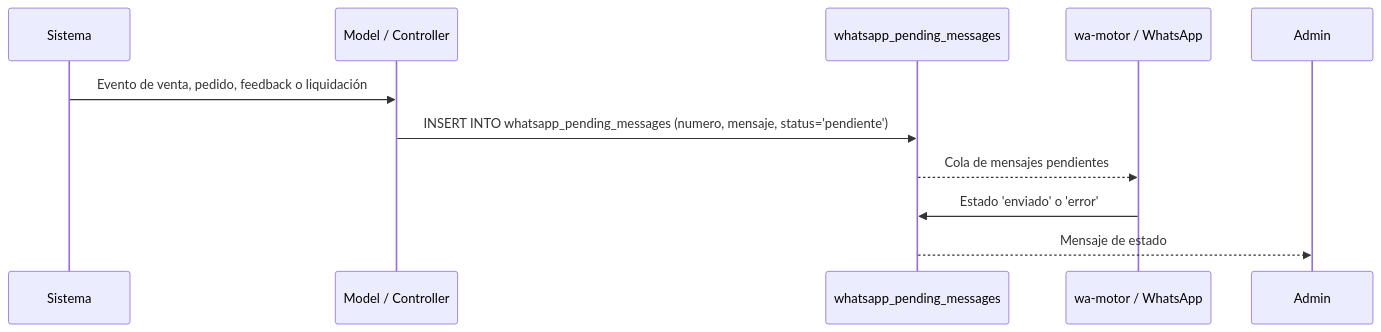
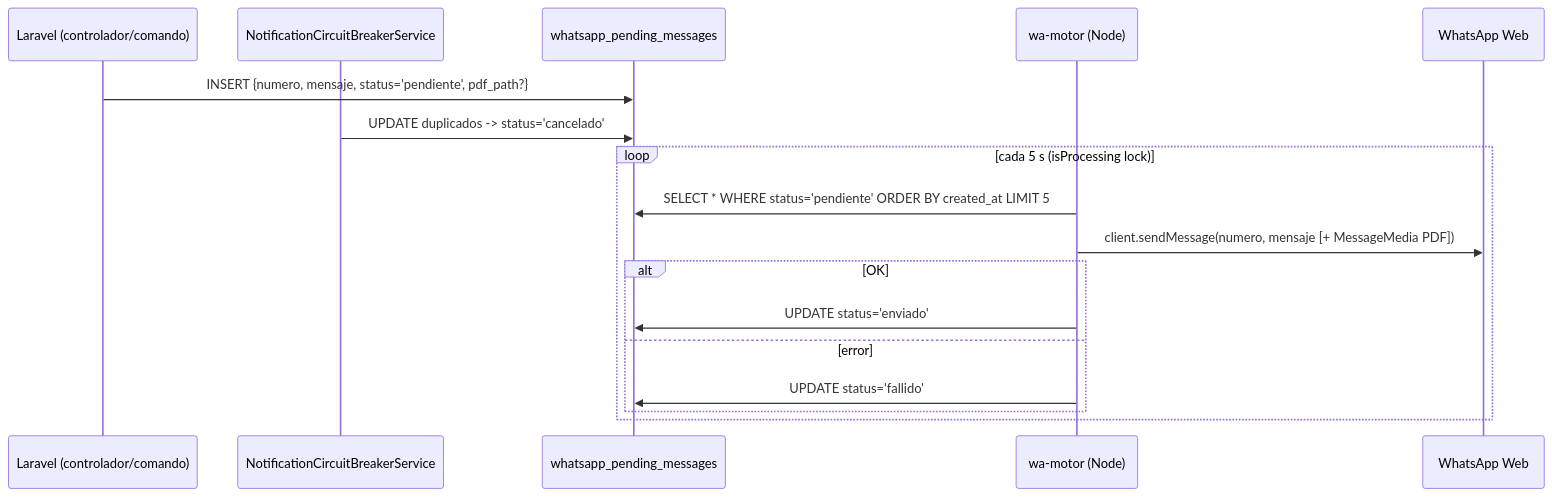
One commit to carlos112233/Capital_Gestor changed the fourth of 5 diagrams in docs/onboarding/03-flujos-negocio.md. Above: the diagram before and after it, drawn with Mermaid. The commit also changed other lines of this file and 8 other files, not shown here.

````diff
--- a/docs/onboarding/03-flujos-negocio.md
+++ b/docs/onboarding/03-flujos-negocio.md
@@ -76,14 +132,19 @@
 ```mermaid
 sequenceDiagram
-    participant S as Sistema
-    participant M as Model / Controller
-    participant T as whatsapp_pending_messages
-    participant W as wa-motor / WhatsApp
-    participant A as Admin
-
-    S->>M: Evento de venta, pedido, feedback o liquidación
-    M->>T: INSERT INTO whatsapp_pending_messages (numero, mensaje, status='pendiente')
-    T-->>W: Cola de mensajes pendientes
-    W->>T: Estado 'enviado' o 'error'
-    T-->>A: Mensaje de estado
+    participant L as Laravel (controlador/comando)
+    participant CB as NotificationCircuitBreakerService
+    participant DB as whatsapp_pending_messages
+    participant N as wa-motor (Node)
+    participant W as WhatsApp Web
+    L->>DB: INSERT {numero, mensaje, status='pendiente', pdf_path?}
+    CB->>DB: UPDATE duplicados -> status='cancelado'
+    loop cada 5 s (isProcessing lock)
+        N->>DB: SELECT * WHERE status='pendiente' ORDER BY created_at LIMIT 5
+        N->>W: client.sendMessage(numero, mensaje [+ MessageMedia PDF])
+        alt OK
+            N->>DB: UPDATE status='enviado'
+        else error
+            N->>DB: UPDATE status='fallido'
+        end
+    end
 ```
````
